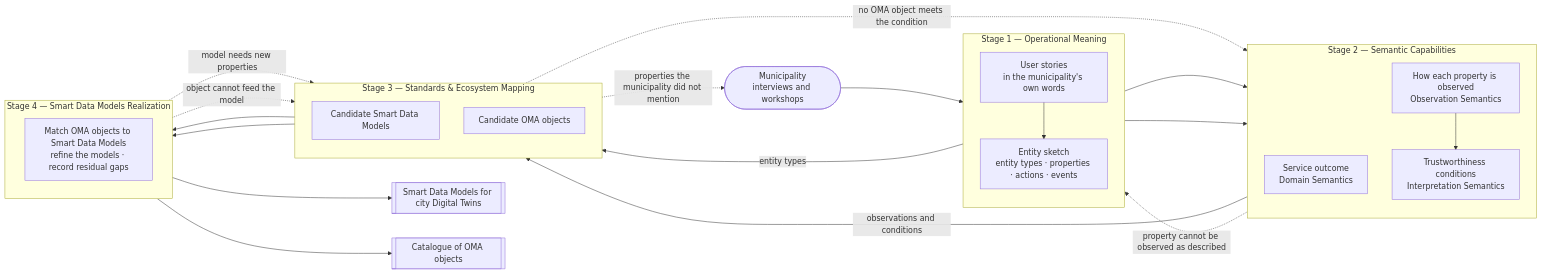
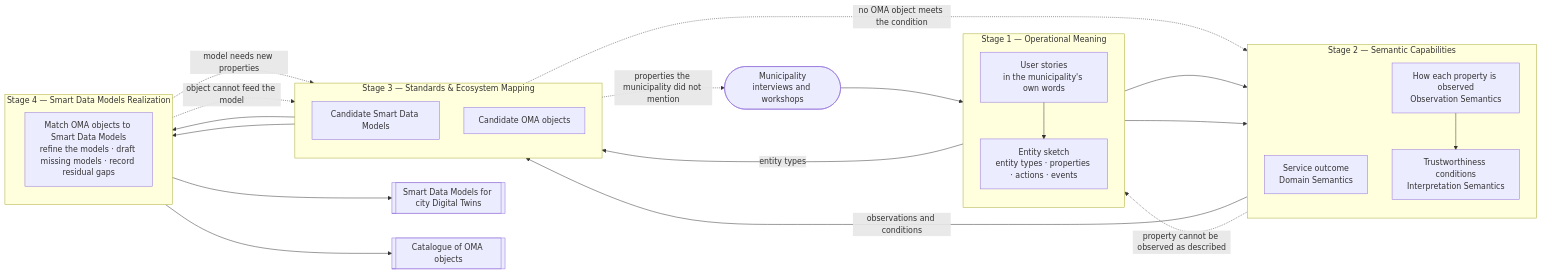
One commit to smartcities-sig/smartcities-sig changed the second of 2 diagrams in methodology/core-methodology/methodology-overview.md. Above: the diagram before and after it, drawn with Mermaid. The commit also changed other lines of this file and 2 other files, not shown here.

Commit message:
Cover entity types with no suitable Smart Data Model
Stage 3 records an entity type with no matching model as a candidate
for a new Smart Data Model; Stage 4 drafts it from the entity sketch and
asks who proposes it. Addresses Juanjo Hierro's review comment on #72.

````diff
--- a/methodology/core-methodology/methodology-overview.md
+++ b/methodology/core-methodology/methodology-overview.md
@@ -121,48 +121,48 @@
 ```mermaid
 %%{init: {'flowchart': {'curve': 'basis', 'htmlLabels': true}}}%%
 flowchart LR
     CITY(["Municipality<br/>interviews and workshops"])
 
     subgraph S1["Stage 1 — Operational Meaning"]
         direction TB
         A1["User stories<br/>in the municipality's own words"]
         B1["Entity sketch<br/>entity types · properties · actions · events"]
     end
 
     subgraph S2["Stage 2 — Semantic Capabilities"]
         direction TB
         D2["Service outcome<br/>Domain Semantics"]
         C2["How each property is observed<br/>Observation Semantics"]
         C3["Trustworthiness conditions<br/>Interpretation Semantics"]
     end
 
     subgraph S3["Stage 3 — Standards & Ecosystem Mapping"]
         direction TB
         E1["Candidate Smart Data Models"]
         E4["Candidate OMA objects"]
     end
 
     subgraph S4["Stage 4 — Smart Data Models Realization"]
         direction TB
-        F1["Match OMA objects to Smart Data Models<br/>refine the models · record residual gaps"]
+        F1["Match OMA objects to Smart Data Models<br/>refine the models · draft missing models · record residual gaps"]
     end
 
     OUT1[["Smart Data Models for city Digital Twins"]]
     OUT2[["Catalogue of OMA objects"]]
 
     CITY --> A1 --> B1
     A1 --> D2
     B1 --> C2 --> C3
     B1 -- "entity types" --> E1
     C3 -- "observations and conditions" --> E4
     E1 --> F1
     E4 --> F1
     F1 --> OUT1
     F1 --> OUT2
 
     C2 -. "property cannot be observed as described" .-> B1
     E1 -. "properties the municipality did not mention" .-> CITY
     E4 -. "no OMA object meets the condition" .-> C3
     F1 -. "model needs new properties" .-> E1
     F1 -. "object cannot feed the model" .-> E4
 ```
````
